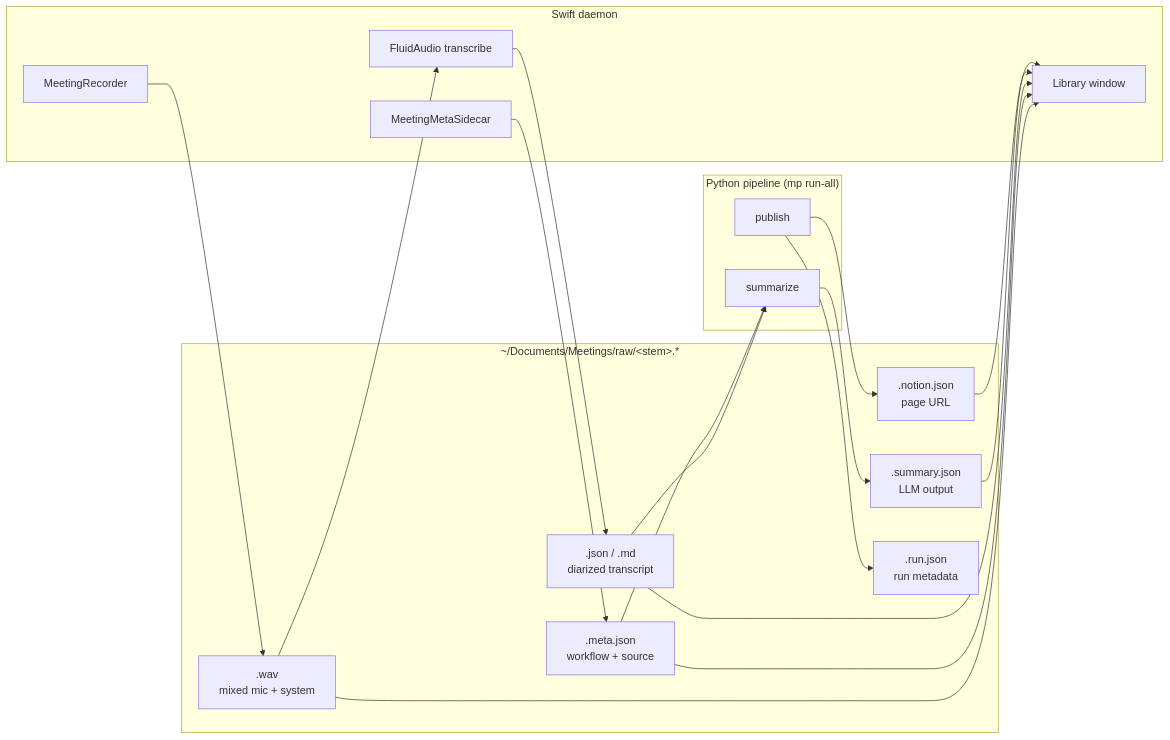
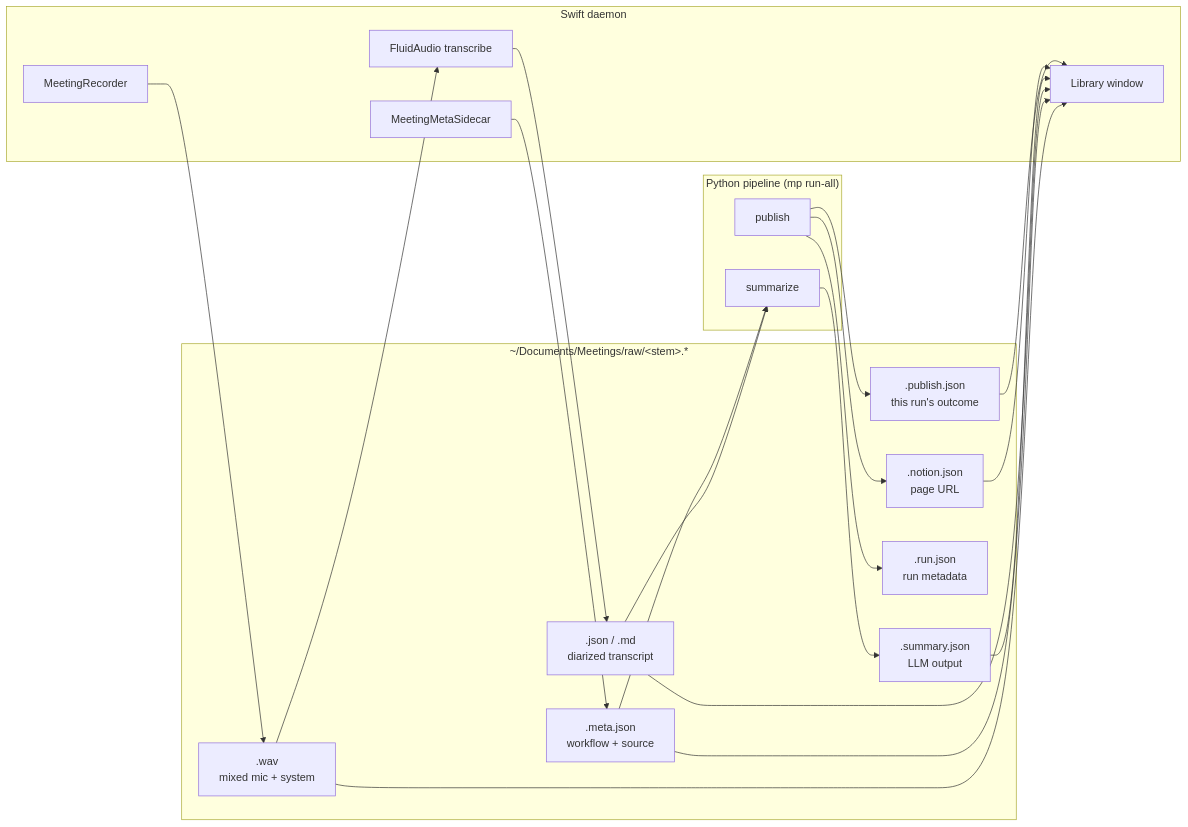
One commit to ggegelya/meeting-pipe changed the fourth of 5 diagrams in ARCHITECTURE.md. Above: the diagram before and after it, drawn with Mermaid. The commit also changed other lines of this file and 26 other files, not shown here.

````diff
--- a/ARCHITECTURE.md
+++ b/ARCHITECTURE.md
@@ -149,38 +149,41 @@
 ```mermaid
 flowchart LR
     subgraph DaemonSide["Swift daemon"]
         DR["MeetingRecorder"]
         DM["MeetingMetaSidecar"]
         DT["FluidAudio transcribe"]
         DL["Library window"]
     end
 
     subgraph Files["~/Documents/Meetings/raw/&lt;stem&gt;.*"]
         WAV[".wav<br/>mixed mic + system"]
         META[".meta.json<br/>workflow + source"]
         TRANSCRIPT[".json / .md<br/>diarized transcript"]
         SUMM[".summary.json<br/>LLM output"]
         NOT[".notion.json<br/>page URL"]
         RUN[".run.json<br/>run metadata"]
+        PUB[".publish.json<br/>this run's outcome"]
     end
 
     subgraph Pipe["Python pipeline (mp run-all)"]
         PS["summarize"]
         PP["publish"]
     end
 
     DR --> WAV
     DM --> META
     WAV --> DT
     DT --> TRANSCRIPT
     TRANSCRIPT --> PS
     META --> PS
     PS --> SUMM
     PP --> NOT
     PP --> RUN
+    PP --> PUB
     WAV --> DL
     META --> DL
     TRANSCRIPT --> DL
     SUMM --> DL
     NOT --> DL
+    PUB --> DL
 ```
````
